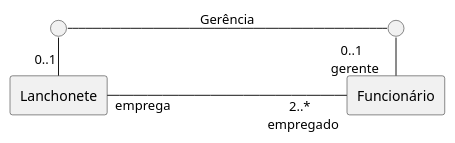
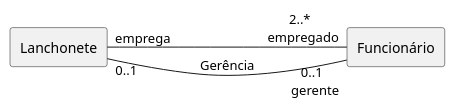
Before and after one commit to kyriosdata/oo: the diagram in Imagens/modelos-03/mod03ima05/mod03ima05.plantuml, drawn with PlantUML. The commit also changed 19 other files, not shown here.

```diff
--- a/Imagens/modelos-03/mod03ima05/mod03ima05.plantuml
+++ b/Imagens/modelos-03/mod03ima05/mod03ima05.plantuml
@@ -1,11 +1,8 @@
 @startuml mod03ima05
 rectangle "Lanchonete" as la
 rectangle "Funcionário" as fu
-circle " " as p1
-circle " " as p2
+
 left to right direction
 la "emprega"----"2..* \n empregado" fu
-la "0..1"-left- p1
-p1 ---- p2 : Gerência
-p2 -right- "0..1 \n gerente"fu
+la "0..1"-- "0..1 \n gerente"fu :Gerência
 @enduml
```
